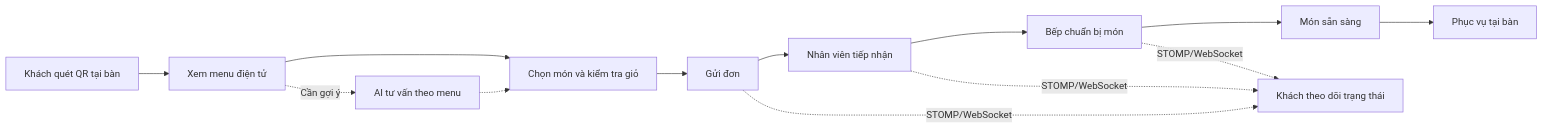
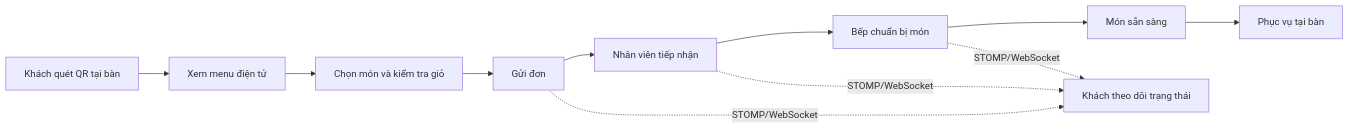
One commit to Anpham120/restaurant-qr-ai-ordering-mobile changed the first of 2 diagrams in README.md. Above: the diagram before and after it, drawn with Mermaid. The commit also changed other lines of this file and 246 other files, not shown here.

````diff
--- a/README.md
+++ b/README.md
@@ -46,15 +46,13 @@
 ```mermaid
 flowchart LR
   Scan["Khách quét QR tại bàn"] --> Menu["Xem menu điện tử"]
   Menu --> Cart["Chọn món và kiểm tra giỏ"]
-  Menu -. "Cần gợi ý" .-> AI["AI tư vấn theo menu"]
-  AI -.-> Cart
   Cart --> Order["Gửi đơn"]
   Order --> Staff["Nhân viên tiếp nhận"]
   Staff --> Kitchen["Bếp chuẩn bị món"]
   Kitchen --> Ready["Món sẵn sàng"]
   Ready --> Served["Phục vụ tại bàn"]
   Order -. "STOMP/WebSocket" .-> Track["Khách theo dõi trạng thái"]
   Staff -. "STOMP/WebSocket" .-> Track
   Kitchen -. "STOMP/WebSocket" .-> Track
 ```
````
